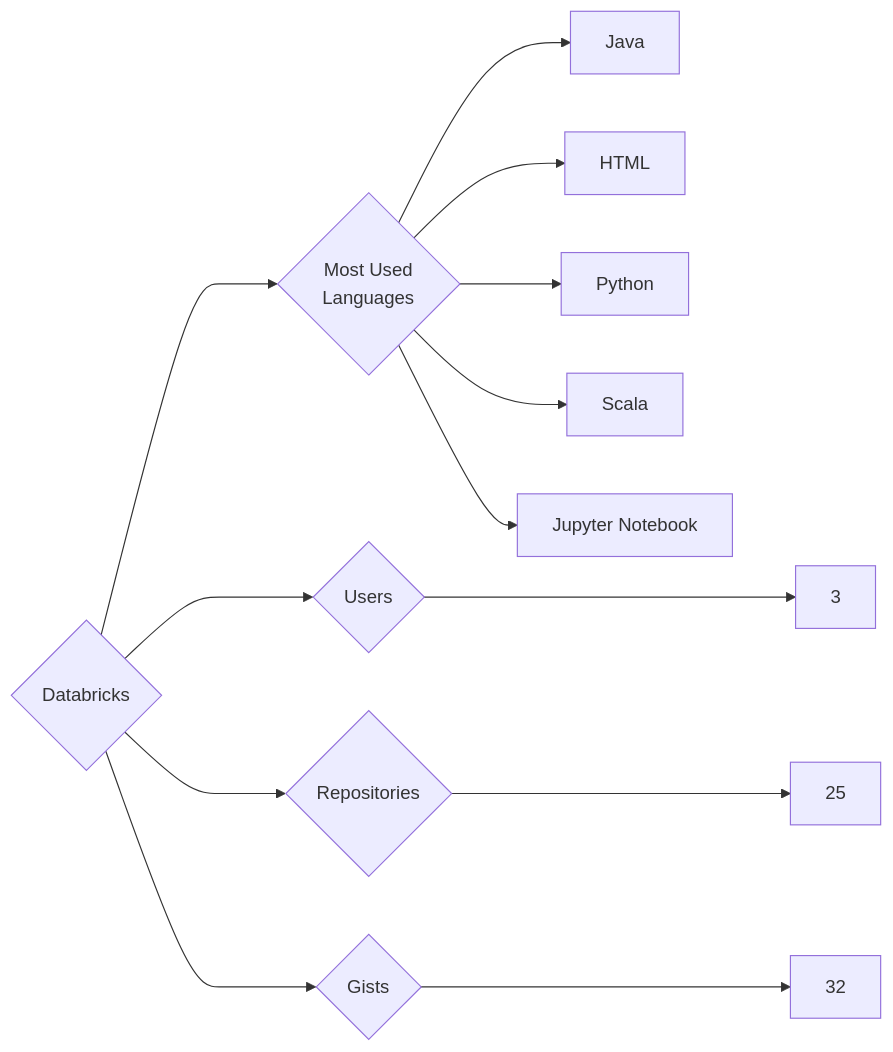
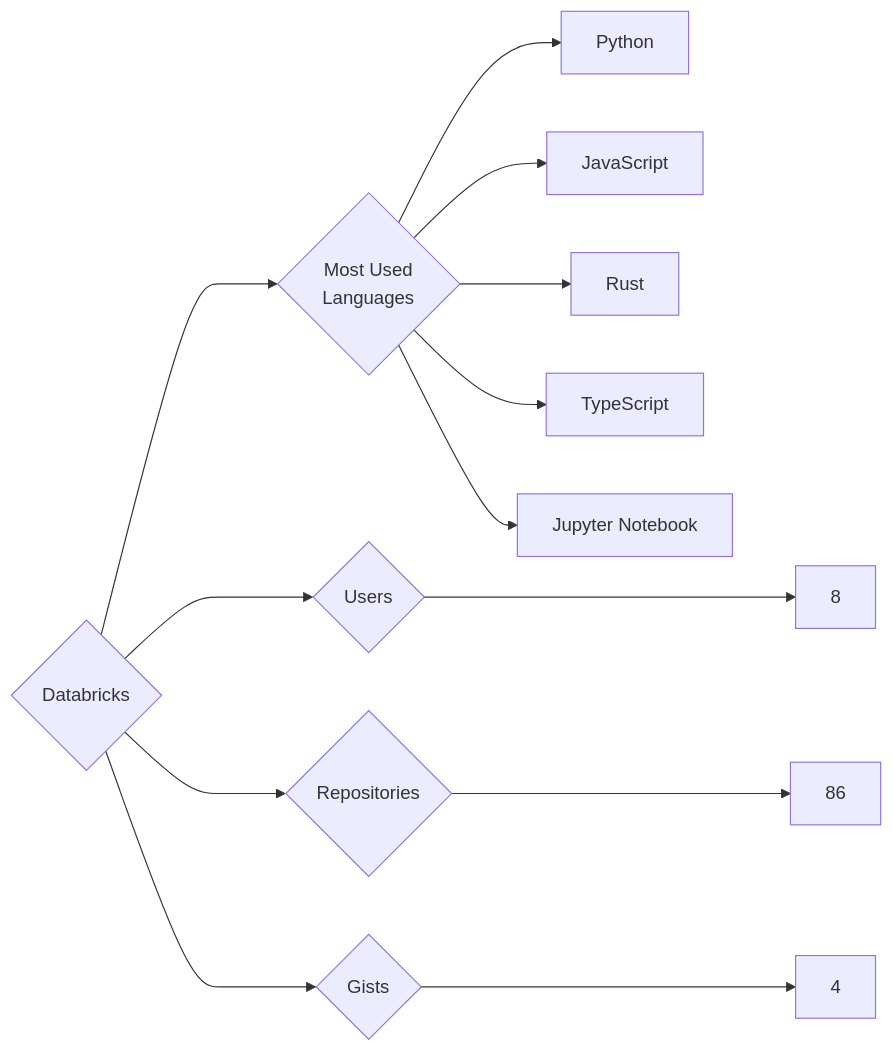
Before and after one commit to trickest/insiders: the diagram in targets/Databricks/README.md, drawn with Mermaid. The commit also changed 724 other files, not shown here.

````diff
--- a/targets/Databricks/README.md
+++ b/targets/Databricks/README.md
@@ -3,13 +3,13 @@
 ```mermaid
 graph LR
 COMPANY_NAME{Databricks}
-COMPANY_NAME ---> U{Users} ---> UN[3]
-COMPANY_NAME ---> R{Repositories} ---> RN[25]
-COMPANY_NAME ---> G{Gists} ---> GN[32]
+COMPANY_NAME ---> U{Users} ---> UN[8]
+COMPANY_NAME ---> R{Repositories} ---> RN[86]
+COMPANY_NAME ---> G{Gists} ---> GN[4]
 COMPANY_NAME ---> ML{Most Used<br>Languages}
-ML --> Java[Java]
-ML --> HTML[HTML]
 ML --> Python[Python]
-ML --> Scala[Scala]
+ML --> JavaScript[JavaScript]
+ML --> Rust[Rust]
+ML --> TypeScript[TypeScript]
 ML --> Jupyter_Notebook[Jupyter Notebook]
 ```
````
